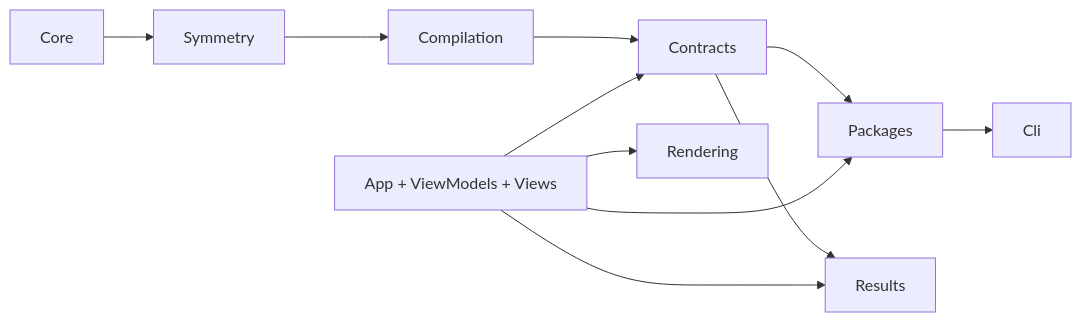
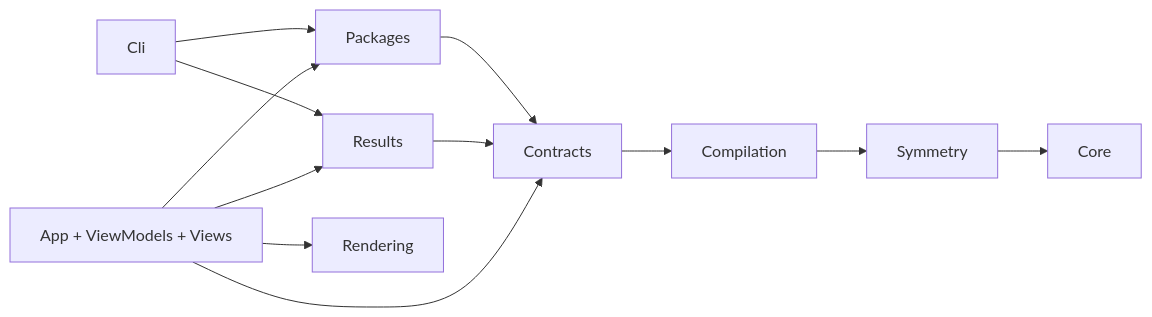
The diagram in docs/development/index.md (seb-eis/mocassin-2), drawn with Mermaid before and after one commit. The commit also changed other lines of this file and 58 other files, not shown here.

````diff
--- a/docs/development/index.md
+++ b/docs/development/index.md
@@ -9,10 +9,14 @@
 ```mermaid
 flowchart LR
-  Core --> Symmetry --> Compilation --> Contracts
-  Contracts --> Packages --> Cli
-  Contracts --> Results
+  Symmetry --> Core
+  Compilation --> Symmetry
+  Contracts --> Compilation
+  Packages --> Contracts
+  Results --> Contracts
+  Cli --> Packages
+  Cli --> Results
   App[App + ViewModels + Views] --> Contracts
   App --> Packages
   App --> Results
   App --> Rendering
 ```
````
